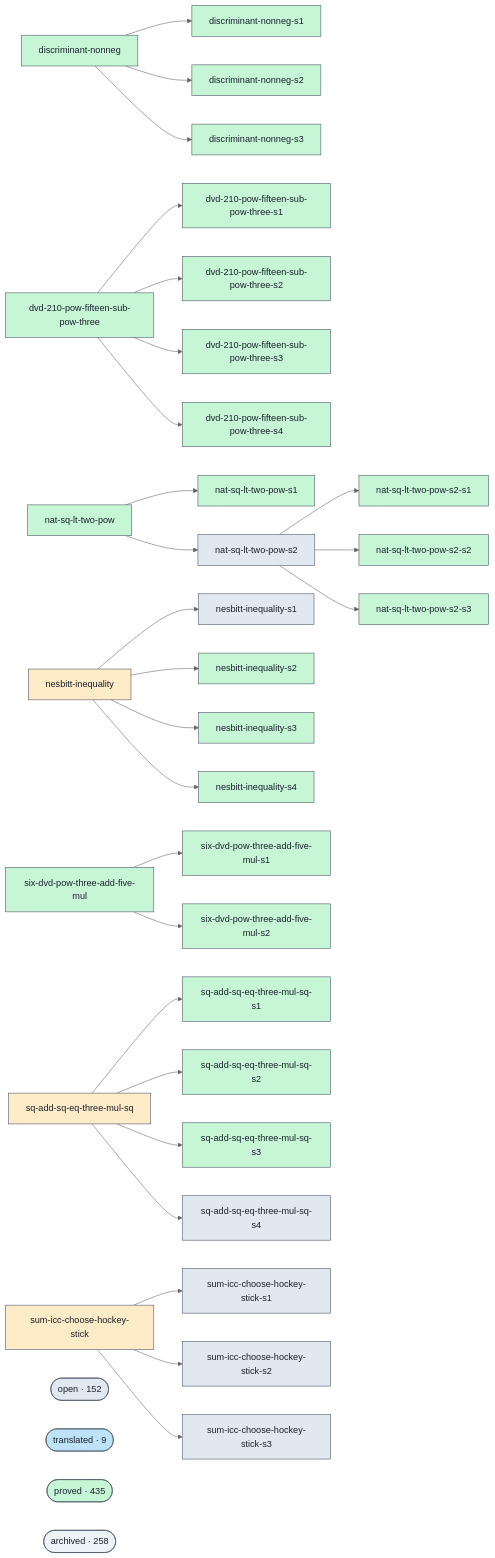
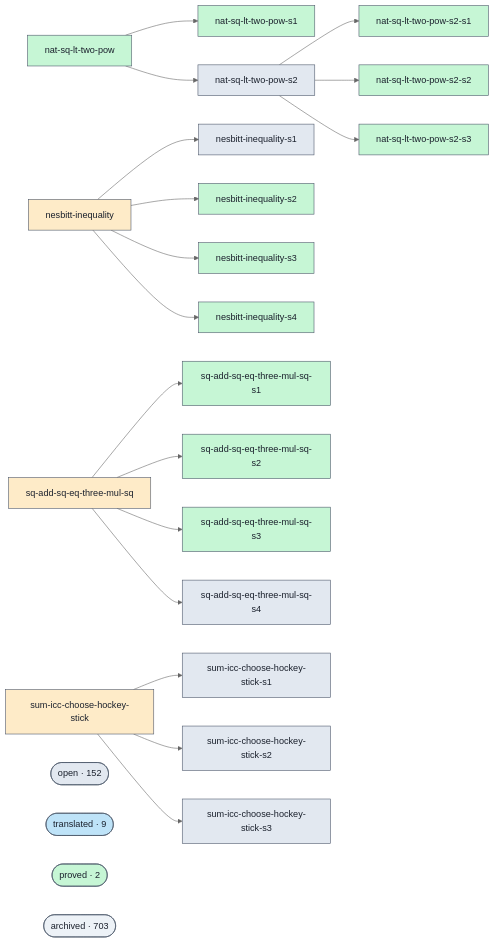
The diagram in docs/proofs-contributors-visualisation.md (ohdearquant/unsorry), drawn with Mermaid (neutral theme) before and after one commit. The commit also changed other lines of this file and 2 other files, not shown here.

````diff
--- a/docs/proofs-contributors-visualisation.md
+++ b/docs/proofs-contributors-visualisation.md
@@ -22,33 +22,6 @@
   classDef flagged fill:#fed7d7,stroke:#4a5568,color:#1a202c;
   classDef translated fill:#bee3f8,stroke:#4a5568,color:#1a202c;
   classDef unknown fill:#edf2f7,stroke:#4a5568,color:#1a202c;
-  g_discriminant_nonneg["discriminant-nonneg"]
-  class g_discriminant_nonneg proved;
-  click g_discriminant_nonneg "https://github.com/agenticsnz/unsorry/blob/main/goals/discriminant-nonneg.lean" "discriminant-nonneg — proved"
-  g_discriminant_nonneg_s1["discriminant-nonneg-s1"]
-  class g_discriminant_nonneg_s1 proved;
-  click g_discriminant_nonneg_s1 "https://github.com/agenticsnz/unsorry/blob/main/goals/discriminant-nonneg-s1.lean" "discriminant-nonneg-s1 — proved"
-  g_discriminant_nonneg_s2["discriminant-nonneg-s2"]
-  class g_discriminant_nonneg_s2 proved;
-  click g_discriminant_nonneg_s2 "https://github.com/agenticsnz/unsorry/blob/main/goals/discriminant-nonneg-s2.lean" "discriminant-nonneg-s2 — proved"
-  g_discriminant_nonneg_s3["discriminant-nonneg-s3"]
-  class g_discriminant_nonneg_s3 proved;
-  click g_discriminant_nonneg_s3 "https://github.com/agenticsnz/unsorry/blob/main/goals/discriminant-nonneg-s3.lean" "discriminant-nonneg-s3 — proved"
-  g_dvd_210_pow_fifteen_sub_pow_three["dvd-210-pow-fifteen-sub-pow-three"]
-  class g_dvd_210_pow_fifteen_sub_pow_three proved;
-  click g_dvd_210_pow_fifteen_sub_pow_three "https://github.com/agenticsnz/unsorry/blob/main/goals/dvd-210-pow-fifteen-sub-pow-three.lean" "dvd-210-pow-fifteen-sub-pow-three — proved"
-  g_dvd_210_pow_fifteen_sub_pow_three_s1["dvd-210-pow-fifteen-sub-pow-three-s1"]
-  class g_dvd_210_pow_fifteen_sub_pow_three_s1 proved;
-  click g_dvd_210_pow_fifteen_sub_pow_three_s1 "https://github.com/agenticsnz/unsorry/blob/main/goals/dvd-210-pow-fifteen-sub-pow-three-s1.lean" "dvd-210-pow-fifteen-sub-pow-three-s1 — proved"
-  g_dvd_210_pow_fifteen_sub_pow_three_s2["dvd-210-pow-fifteen-sub-pow-three-s2"]
-  class g_dvd_210_pow_fifteen_sub_pow_three_s2 proved;
-  click g_dvd_210_pow_fifteen_sub_pow_three_s2 "https://github.com/agenticsnz/unsorry/blob/main/goals/dvd-210-pow-fifteen-sub-pow-three-s2.lean" "dvd-210-pow-fifteen-sub-pow-three-s2 — proved"
-  g_dvd_210_pow_fifteen_sub_pow_three_s3["dvd-210-pow-fifteen-sub-pow-three-s3"]
-  class g_dvd_210_pow_fifteen_sub_pow_three_s3 proved;
-  click g_dvd_210_pow_fifteen_sub_pow_three_s3 "https://github.com/agenticsnz/unsorry/blob/main/goals/dvd-210-pow-fifteen-sub-pow-three-s3.lean" "dvd-210-pow-fifteen-sub-pow-three-s3 — proved"
-  g_dvd_210_pow_fifteen_sub_pow_three_s4["dvd-210-pow-fifteen-sub-pow-three-s4"]
-  class g_dvd_210_pow_fifteen_sub_pow_three_s4 proved;
-  click g_dvd_210_pow_fifteen_sub_pow_three_s4 "https://github.com/agenticsnz/unsorry/blob/main/goals/dvd-210-pow-fifteen-sub-pow-three-s4.lean" "dvd-210-pow-fifteen-sub-pow-three-s4 — proved"
   g_nat_sq_lt_two_pow["nat-sq-lt-two-pow"]
   class g_nat_sq_lt_two_pow proved;
   click g_nat_sq_lt_two_pow "https://github.com/agenticsnz/unsorry/blob/main/goals/nat-sq-lt-two-pow.lean" "nat-sq-lt-two-pow — proved"
@@ -82,15 +55,6 @@
   g_nesbitt_inequality_s4["nesbitt-inequality-s4"]
   class g_nesbitt_inequality_s4 proved;
   click g_nesbitt_inequality_s4 "https://github.com/agenticsnz/unsorry/blob/main/goals/nesbitt-inequality-s4.lean" "nesbitt-inequality-s4 — proved"
-  g_six_dvd_pow_three_add_five_mul["six-dvd-pow-three-add-five-mul"]
-  class g_six_dvd_pow_three_add_five_mul proved;
-  click g_six_dvd_pow_three_add_five_mul "https://github.com/agenticsnz/unsorry/blob/main/goals/six-dvd-pow-three-add-five-mul.lean" "six-dvd-pow-three-add-five-mul — proved"
-  g_six_dvd_pow_three_add_five_mul_s1["six-dvd-pow-three-add-five-mul-s1"]
-  class g_six_dvd_pow_three_add_five_mul_s1 proved;
-  click g_six_dvd_pow_three_add_five_mul_s1 "https://github.com/agenticsnz/unsorry/blob/main/goals/six-dvd-pow-three-add-five-mul-s1.lean" "six-dvd-pow-three-add-five-mul-s1 — proved"
-  g_six_dvd_pow_three_add_five_mul_s2["six-dvd-pow-three-add-five-mul-s2"]
-  class g_six_dvd_pow_three_add_five_mul_s2 proved;
-  click g_six_dvd_pow_three_add_five_mul_s2 "https://github.com/agenticsnz/unsorry/blob/main/goals/six-dvd-pow-three-add-five-mul-s2.lean" "six-dvd-pow-three-add-five-mul-s2 — proved"
   g_sq_add_sq_eq_three_mul_sq["sq-add-sq-eq-three-mul-sq"]
   class g_sq_add_sq_eq_three_mul_sq blocked;
   click g_sq_add_sq_eq_three_mul_sq "https://github.com/agenticsnz/unsorry/blob/main/goals/sq-add-sq-eq-three-mul-sq.lean" "sq-add-sq-eq-three-mul-sq — blocked"
@@ -118,13 +82,6 @@
   g_sum_icc_choose_hockey_stick_s3["sum-icc-choose-hockey-stick-s3"]
   class g_sum_icc_choose_hockey_stick_s3 open;
   click g_sum_icc_choose_hockey_stick_s3 "https://github.com/agenticsnz/unsorry/blob/main/goals/sum-icc-choose-hockey-stick-s3.lean" "sum-icc-choose-hockey-stick-s3 — open"
-  g_discriminant_nonneg --> g_discriminant_nonneg_s1
-  g_discriminant_nonneg --> g_discriminant_nonneg_s2
-  g_discriminant_nonneg --> g_discriminant_nonneg_s3
-  g_dvd_210_pow_fifteen_sub_pow_three --> g_dvd_210_pow_fifteen_sub_pow_three_s1
-  g_dvd_210_pow_fifteen_sub_pow_three --> g_dvd_210_pow_fifteen_sub_pow_three_s2
-  g_dvd_210_pow_fifteen_sub_pow_three --> g_dvd_210_pow_fifteen_sub_pow_three_s3
-  g_dvd_210_pow_fifteen_sub_pow_three --> g_dvd_210_pow_fifteen_sub_pow_three_s4
   g_nat_sq_lt_two_pow --> g_nat_sq_lt_two_pow_s1
   g_nat_sq_lt_two_pow --> g_nat_sq_lt_two_pow_s2
   g_nat_sq_lt_two_pow_s2 --> g_nat_sq_lt_two_pow_s2_s1
@@ -134,8 +91,6 @@
   g_nesbitt_inequality --> g_nesbitt_inequality_s2
   g_nesbitt_inequality --> g_nesbitt_inequality_s3
   g_nesbitt_inequality --> g_nesbitt_inequality_s4
-  g_six_dvd_pow_three_add_five_mul --> g_six_dvd_pow_three_add_five_mul_s1
-  g_six_dvd_pow_three_add_five_mul --> g_six_dvd_pow_three_add_five_mul_s2
   g_sq_add_sq_eq_three_mul_sq --> g_sq_add_sq_eq_three_mul_sq_s1
   g_sq_add_sq_eq_three_mul_sq --> g_sq_add_sq_eq_three_mul_sq_s2
   g_sq_add_sq_eq_three_mul_sq --> g_sq_add_sq_eq_three_mul_sq_s3
@@ -147,8 +102,8 @@
   class cluster_open open;
   cluster_translated(["translated · 9"])
   class cluster_translated translated;
-  cluster_proved(["proved · 435"])
+  cluster_proved(["proved · 2"])
   class cluster_proved proved;
-  cluster_archived(["archived · 258"])
+  cluster_archived(["archived · 703"])
   class cluster_archived unknown;
 ```
````
